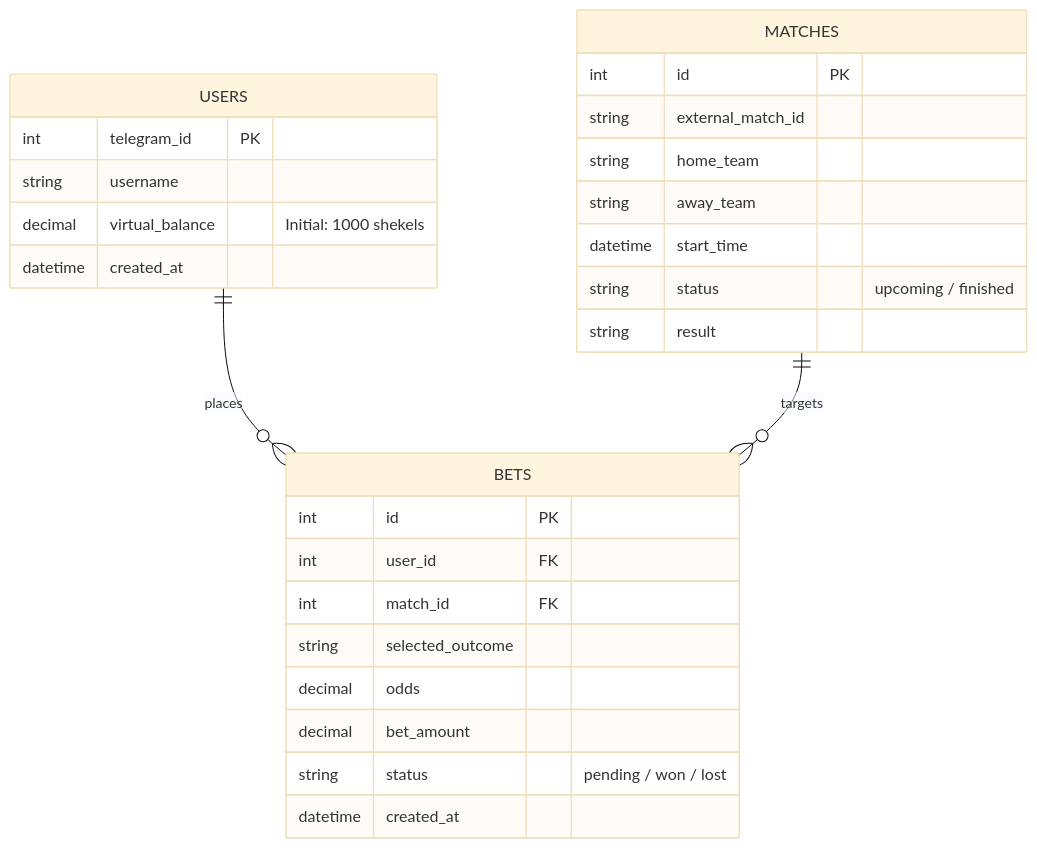
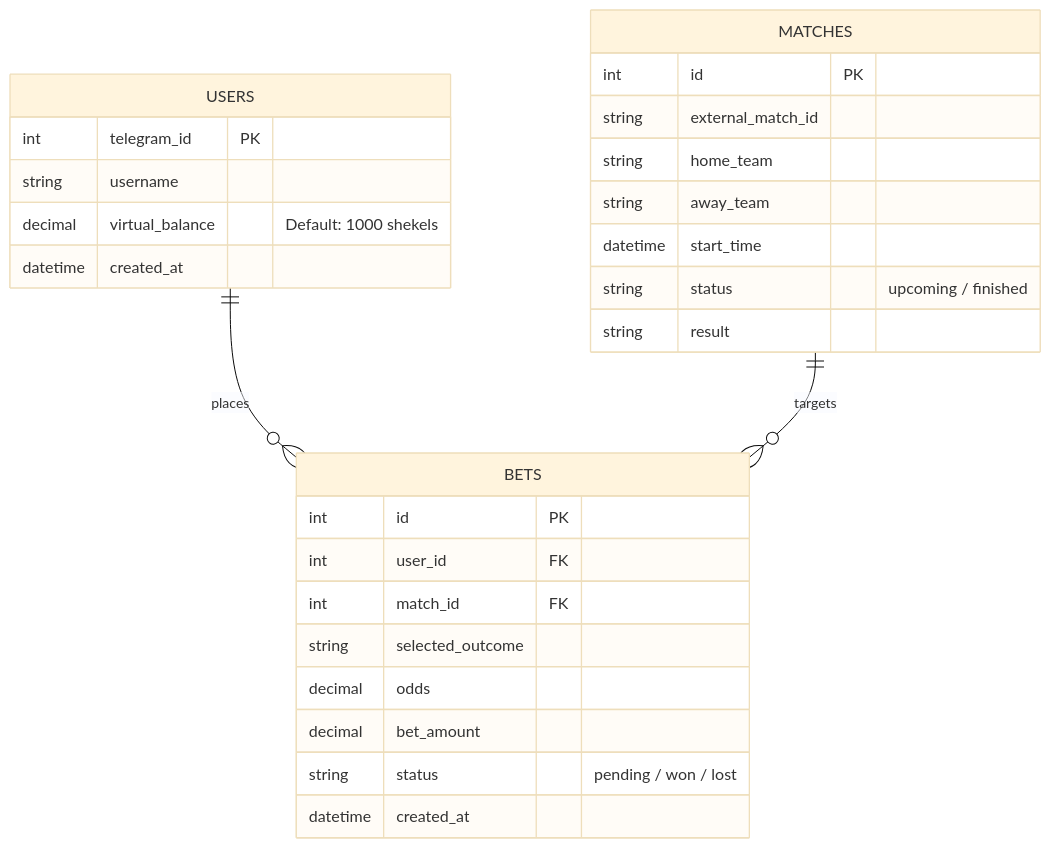
The diagram in README.md (dDaijin/betkabot), drawn with Mermaid (base theme) before and after one commit. The commit also changed other lines of this file, not shown here.

````diff
--- a/README.md
+++ b/README.md
@@ -32,34 +44,34 @@
 ```mermaid
 erDiagram
     USERS ||--o{ BETS : places
     MATCHES ||--o{ BETS : targets
 
     USERS {
         int telegram_id PK
         string username
-        decimal virtual_balance "Initial: 1000 shekels"
+        decimal virtual_balance "Default: 1000 shekels"
         datetime created_at
     }
 
     BETS {
         int id PK
         int user_id FK
         int match_id FK
         string selected_outcome
         decimal odds
         decimal bet_amount
         string status "pending / won / lost"
         datetime created_at
     }
 
     MATCHES {
         int id PK
         string external_match_id
         string home_team
         string away_team
         datetime start_time
         string status "upcoming / finished"
         string result
     }
 
 ```
````
